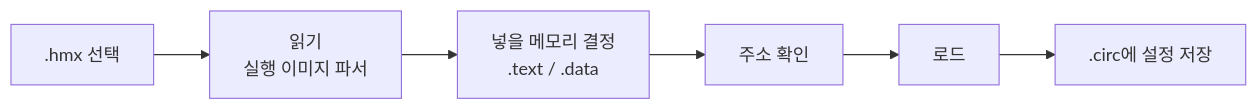
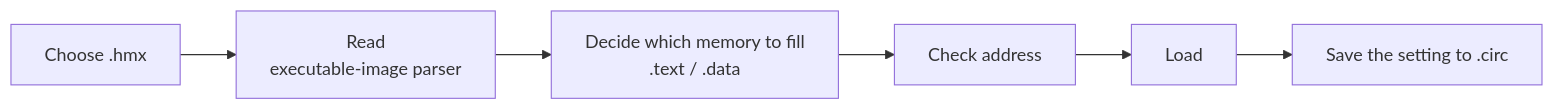
Before and after one commit to ars2323/hallym-circuit-studio: the second of 3 diagrams in PLAN.md, drawn with Mermaid. The commit also changed other lines of this file and 4 other files, not shown here.

````diff
--- a/PLAN.md
+++ b/PLAN.md
@@ -271,8 +271,8 @@
 ```mermaid
 flowchart LR
-  A[.hmx 선택] --> B[읽기<br/>실행 이미지 파서]
-  B --> C[넣을 메모리 결정<br/>.text / .data]
-  C --> D[주소 확인]
-  D --> E[로드]
-  E --> F[.circ에 설정 저장]
+  A[Choose .hmx] --> B[Read<br/>executable-image parser]
+  B --> C[Decide which memory to fill<br/>.text / .data]
+  C --> D[Check address]
+  D --> E[Load]
+  E --> F[Save the setting to .circ]
 ```
````
